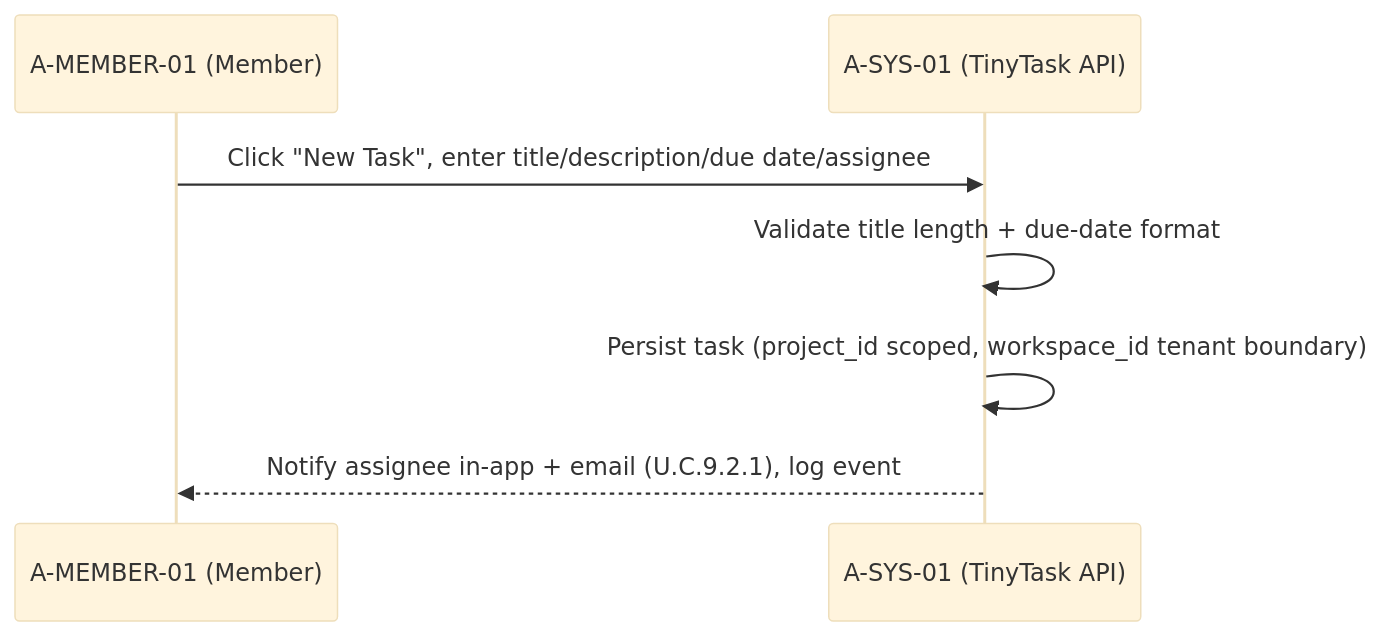
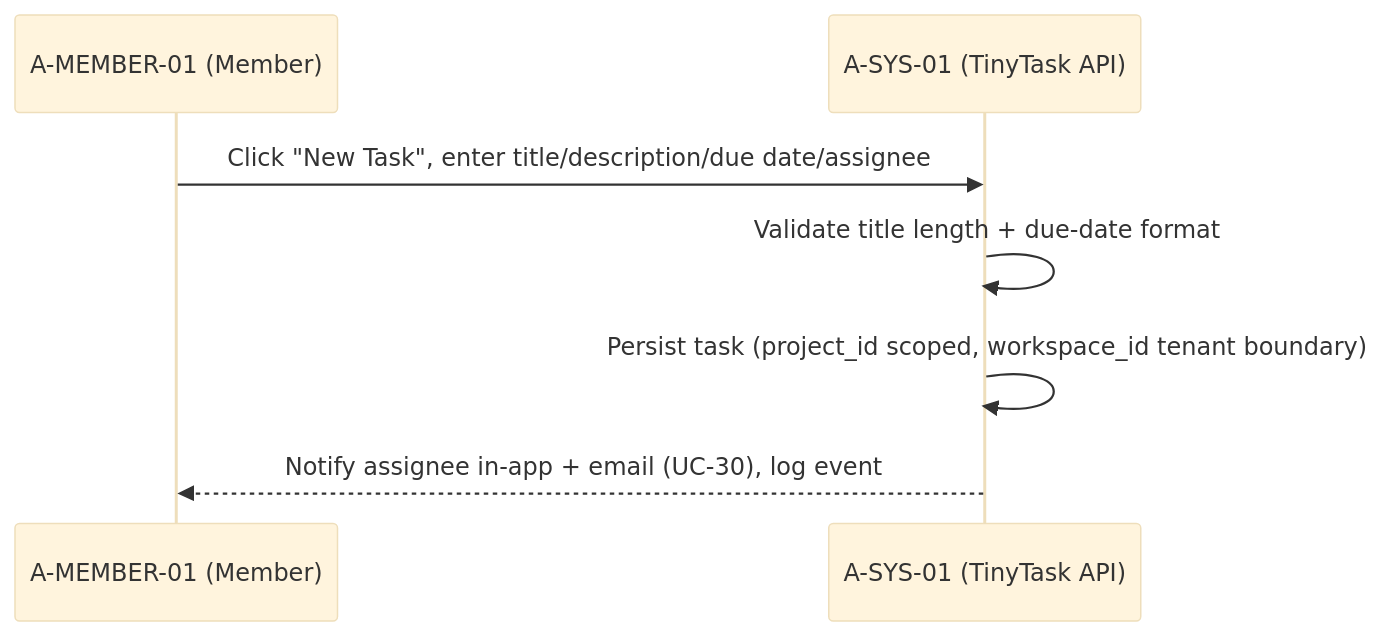
One commit to pauloribeiro16/Methodology_compact changed the eighth of 23 diagrams in 02_CASES/Case_01_TinyTask_SaaS/03_PHASE3_DECOMPOSITION_RICH/annexes/B_Sequence_Diagrams.md. Above: the diagram before and after it, drawn with Mermaid (base theme). The commit also changed other lines of this file and 34 other files, not shown here.

Commit message:
[EXECUTOR] F2 RENUMBER Case_01: U.C.x.y.z flattened → UC-01..40 (compliance 01..17 + product 18..40), two-phase, 20 files, xlsx+builder regenerated, 11 SVGs re-rendered; gates PASS (verify_rich 0, audit 100%, mermaid 192/192, smoke 16/16)

````diff
--- a/02_CASES/Case_01_TinyTask_SaaS/03_PHASE3_DECOMPOSITION_RICH/annexes/B_Sequence_Diagrams.md
+++ b/02_CASES/Case_01_TinyTask_SaaS/03_PHASE3_DECOMPOSITION_RICH/annexes/B_Sequence_Diagrams.md
@@ -110,9 +111,9 @@
 ```mermaid
 sequenceDiagram
     participant M as A-MEMBER-01 (Member)
     participant SYS as A-SYS-01 (TinyTask API)
     M->>SYS: Click "New Task", enter title/description/due date/assignee
     SYS->>SYS: Validate title length + due-date format
     SYS->>SYS: Persist task (project_id scoped, workspace_id tenant boundary)
-    SYS-->>M: Notify assignee in-app + email (U.C.9.2.1), log event
+    SYS-->>M: Notify assignee in-app + email (UC-30), log event
 ```
````
